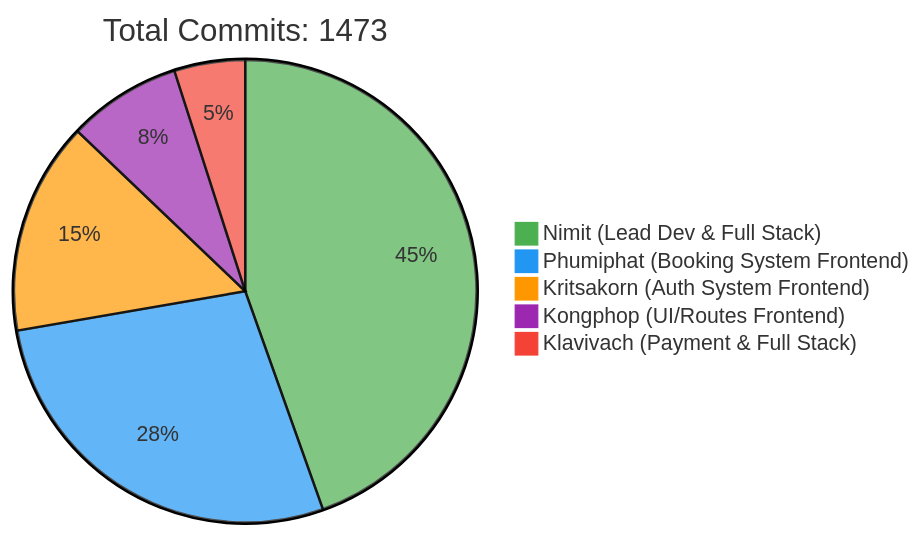
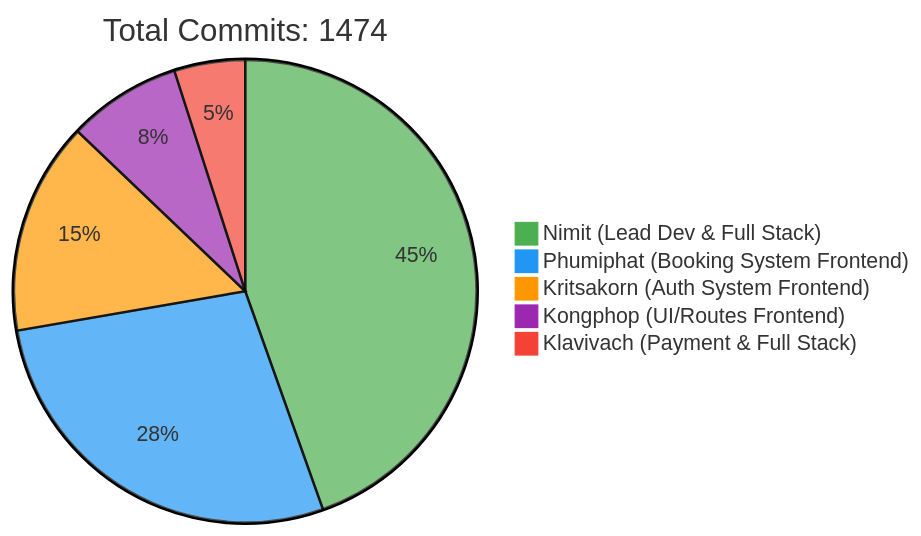
Before and after one commit to 6531503042/Sport-Complex: the first of 2 diagrams in README.md, drawn with Mermaid. The commit also changed other lines of this file, not shown here.

Commit message:
docs: Update contributor statistics [skip ci]

````diff
--- a/README.md
+++ b/README.md
@@ -257,10 +257,10 @@
 ```mermaid
 %%{init: {'theme': 'base', 'themeVariables': { 'pie1': '#4CAF50', 'pie2': '#2196F3', 'pie3': '#FF9800', 'pie4': '#9C27B0', 'pie5': '#F44336'}}}%%
 pie
-    title Total Commits: 1473
+    title Total Commits: 1474
     "Nimit (Lead Dev & Full Stack)" : 450
     "Phumiphat (Booking System Frontend)" : 280
     "Kritsakorn (Auth System Frontend)" : 150
     "Kongphop (UI/Routes Frontend)" : 80
     "Klavivach (Payment & Full Stack)" : 50
 ```
````
